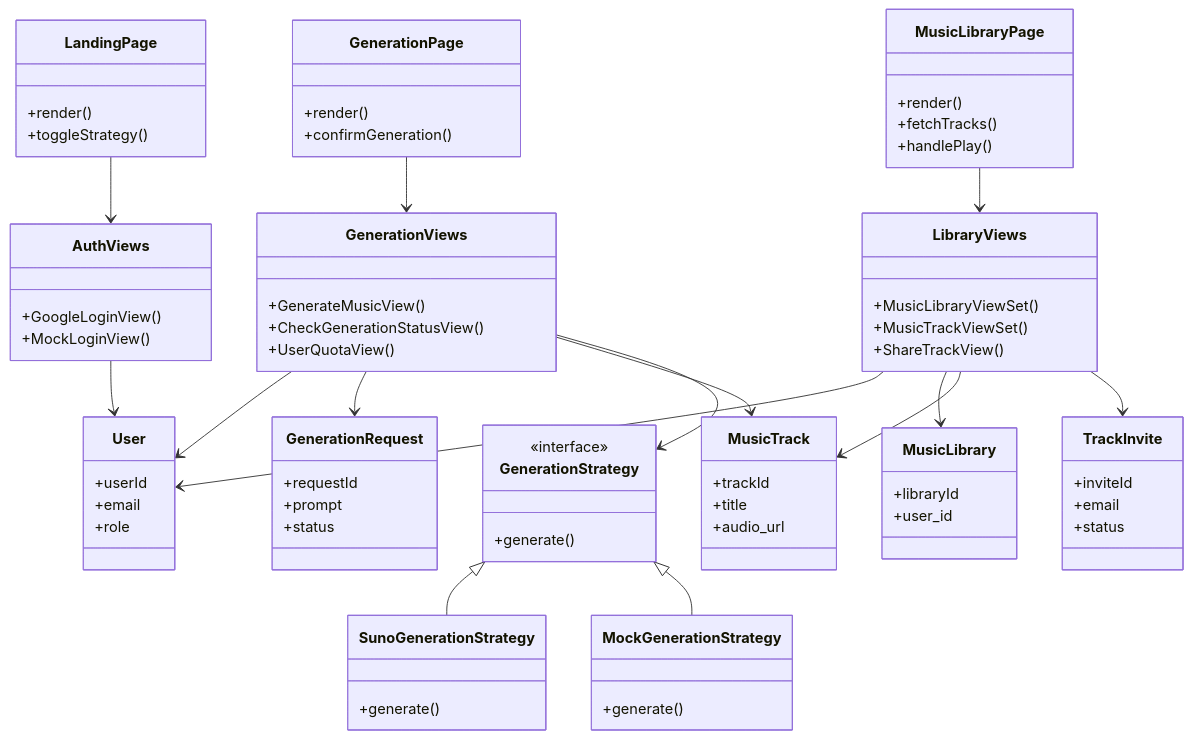
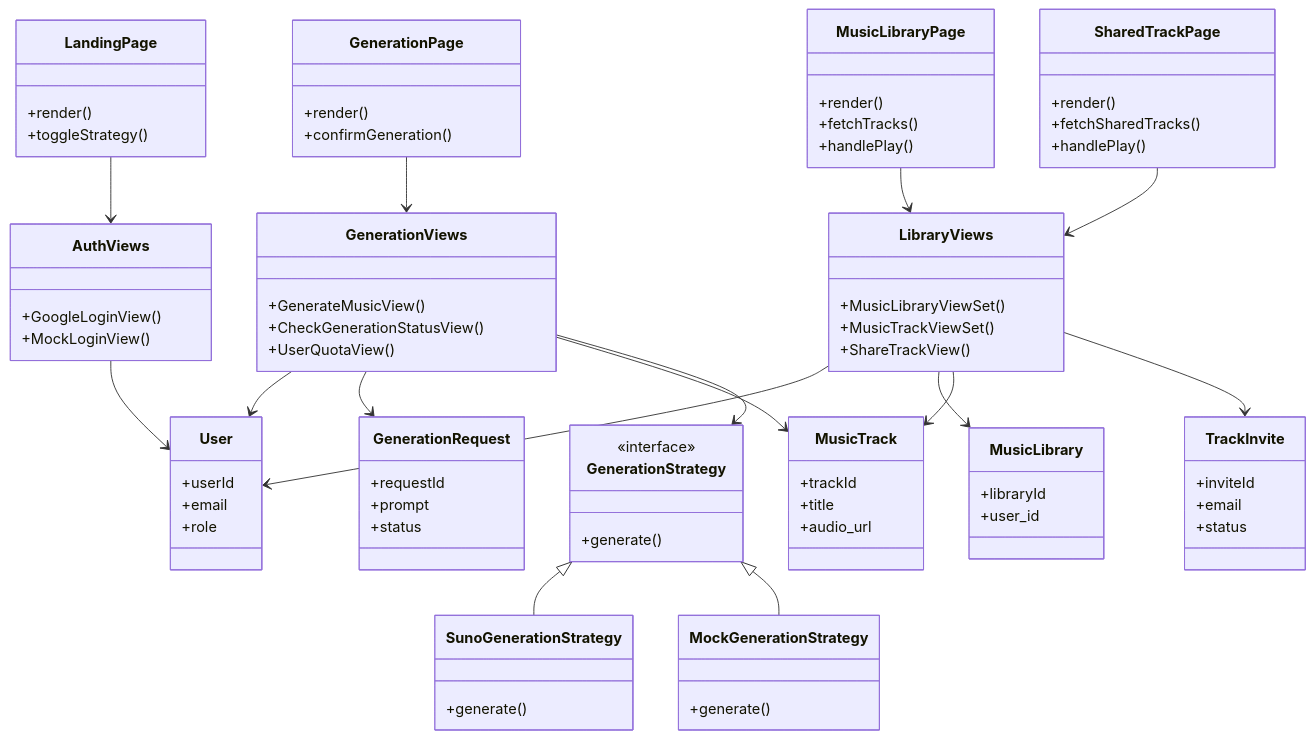
Before and after one commit to Panthutk/Chithara-AI-music-generator: the first of 2 diagrams in README.md, drawn with Mermaid. The commit also changed 3 other files, not shown here.

Commit message:
docs: fix OAuth setup formatting and update architecture diagram with SharedTrackPage component

```diff
--- a/README.md
+++ b/README.md
@@ -30,6 +30,11 @@
     class MusicLibraryPage {
         +render()
         +fetchTracks()
+        +handlePlay()
+    }
+    class SharedTrackPage {
+        +render()
+        +fetchSharedTracks()
         +handlePlay()
     }
     class GenerationPage {
@@ -94,6 +99,7 @@
     %% Relationships
     LandingPage --> AuthViews
     MusicLibraryPage --> LibraryViews
+    SharedTrackPage --> LibraryViews
     GenerationPage --> GenerationViews
 
     AuthViews --> User
```
